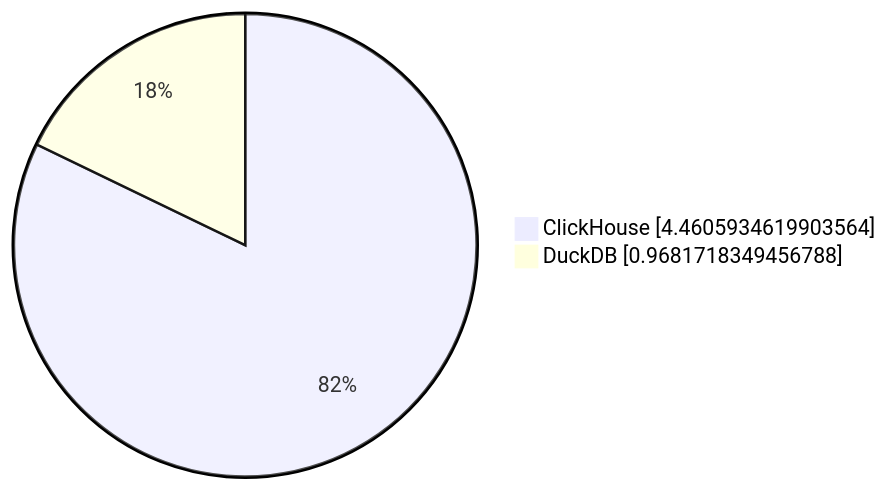
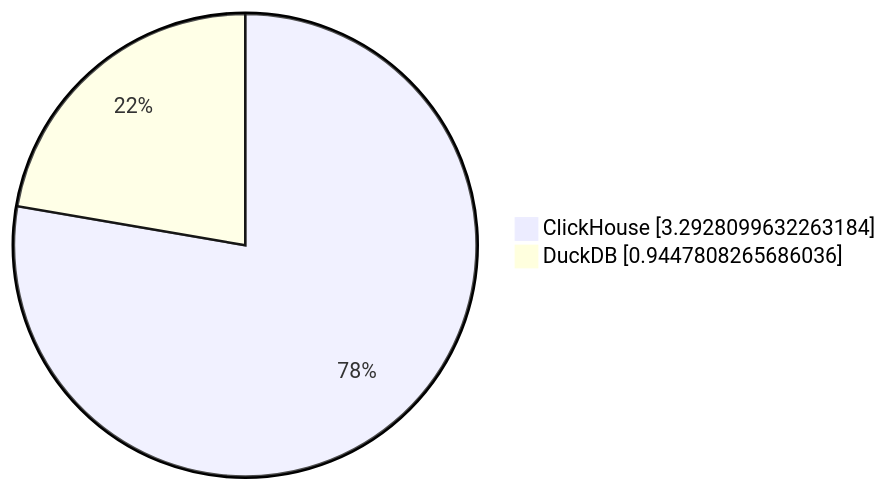
One commit to Altinity/clickhouse-regression changed the fourth of 7 diagrams in parquet/performance/results/nyc_taxi/23.11.1.2711-alpine/README.md. Above: the diagram before and after it, drawn with Mermaid. The commit also changed other lines of this file and 8 other files, not shown here.

````diff
--- a/parquet/performance/results/nyc_taxi/23.11.1.2711-alpine/README.md
+++ b/parquet/performance/results/nyc_taxi/23.11.1.2711-alpine/README.md
@@ -40,5 +40,5 @@
 ```mermaid
      pie showData
-         "ClickHouse" : 4.4605934619903564
-         "DuckDB" : 0.9681718349456788
+         "ClickHouse" : 3.2928099632263184
+         "DuckDB" : 0.9447808265686036
 ```
````
